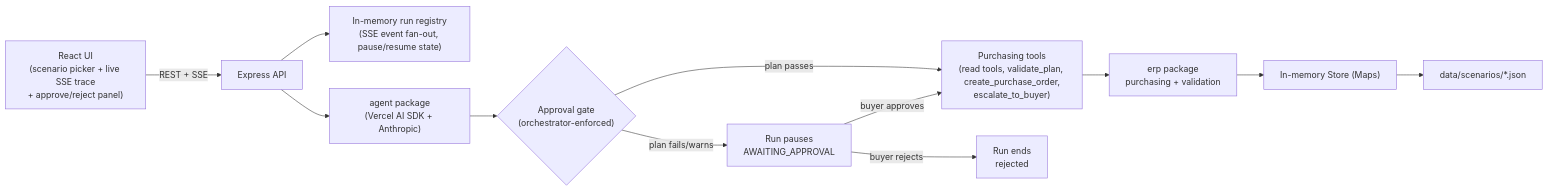
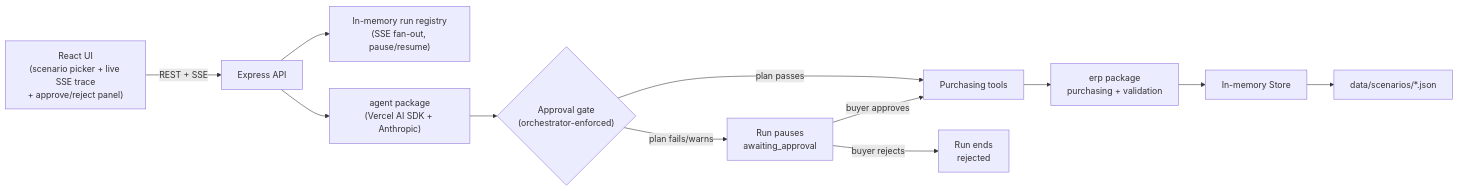
One commit to Harshit-RV/rappi-agent-assignment changed the diagram in README.md. Above: the diagram before and after it, drawn with Mermaid. The commit also changed other lines of this file, not shown here.

````diff
--- a/README.md
+++ b/README.md
@@ -55,14 +36,14 @@
 ```mermaid
 flowchart LR
     UI["React UI\n(scenario picker + live SSE trace\n+ approve/reject panel)"] -->|"REST + SSE"| API["Express API"]
-    API --> Registry["In-memory run registry\n(SSE event fan-out, pause/resume state)"]
+    API --> Registry["In-memory run registry\n(SSE fan-out, pause/resume)"]
     API --> AgentPkg["agent package\n(Vercel AI SDK + Anthropic)"]
     AgentPkg --> Gate{"Approval gate\n(orchestrator-enforced)"}
-    Gate -->|"plan passes"| Tools["Purchasing tools\n(read tools, validate_plan, create_purchase_order,\nescalate_to_buyer)"]
-    Gate -->|"plan fails/warns"| Pause["Run pauses\nAWAITING_APPROVAL"]
+    Gate -->|"plan passes"| Tools["Purchasing tools"]
+    Gate -->|"plan fails/warns"| Pause["Run pauses\nawaiting_approval"]
     Pause -->|"buyer approves"| Tools
     Pause -->|"buyer rejects"| Rejected["Run ends\nrejected"]
     Tools --> Svc["erp package\npurchasing + validation"]
-    Svc --> Store["In-memory Store (Maps)"]
+    Svc --> Store["In-memory Store"]
     Store --> Seed["data/scenarios/*.json"]
 ```
````
